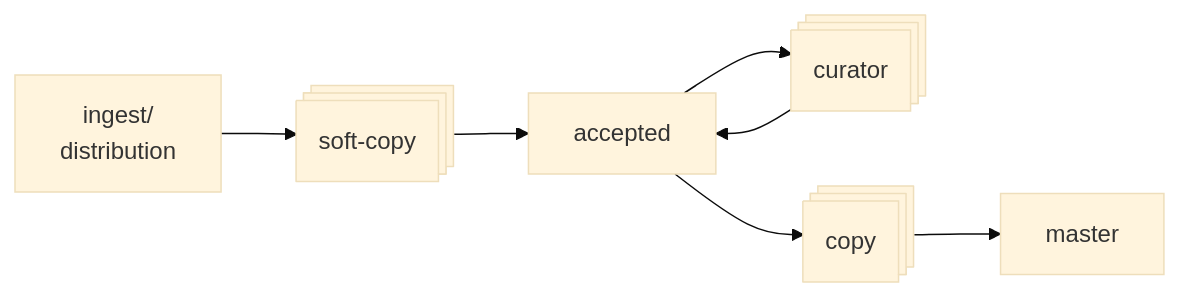
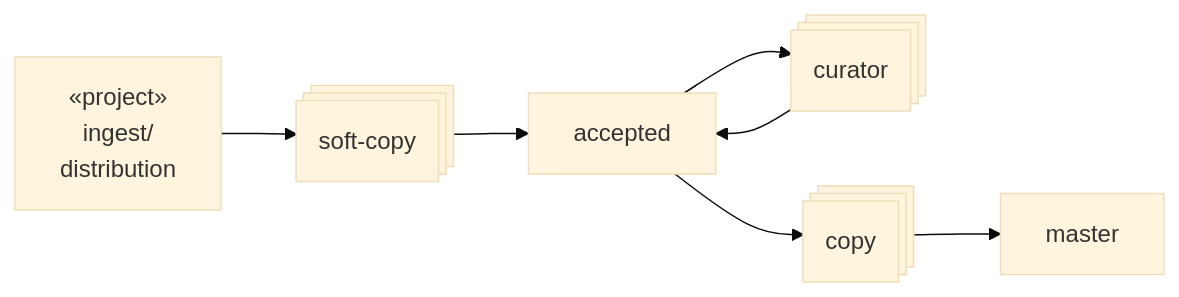
Before and after one commit to naccdata/flywheel-gear-extensions: the diagram in docs/processes/curation.md, drawn with Mermaid (base theme).

Commit message:
add project notation

````diff
--- a/docs/processes/curation.md
+++ b/docs/processes/curation.md
@@ -5,15 +5,15 @@
 ```mermaid
 flowchart LR
-    A@{ shape: rect, label: "ingest/\ndistribution" }
+    A@{ shape: rect, label: "&laquo;project&raquo;\ningest/\ndistribution" }
     B@{ shape: rect, label: "accepted" }
     C@{ shape: processes, label: "soft-copy" }
     D@{ shape: processes, label: "curator" }
     E@{ shape: processes, label: "copy" }
     F@{ shape: rect, label: "master" }
     A --> C
     C --> B
     B --> D
     D --> B
     B --> E
     E --> F
 ```
````
